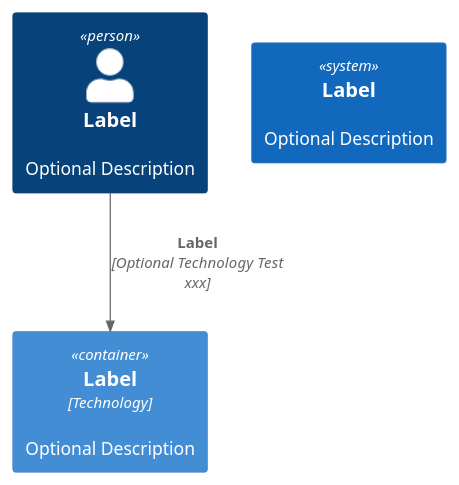
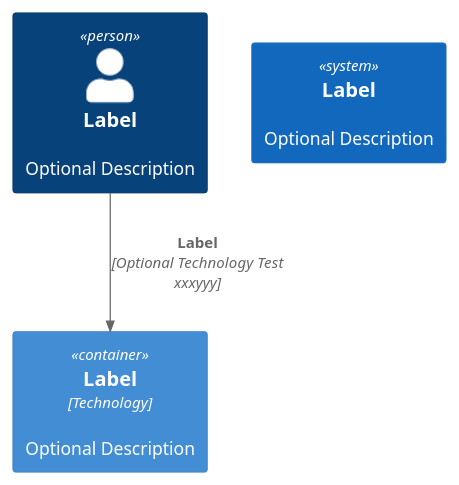
Before and after one commit to budgiedownunder/maze: the diagram in diagrams/maze.puml, drawn with PlantUML. The commit also changed 1 other file, not shown here.

```diff
--- a/diagrams/maze.puml
+++ b/diagrams/maze.puml
@@ -1,9 +1,9 @@
 @startuml maze_project
 !include includes/C4_Container.puml
 
 Person(personAlias, "Label", "Optional Description")
 Container(containerAlias, "Label", "Technology", "Optional Description")
 System(systemAlias, "Label", "Optional Description")
 
-Rel(personAlias, containerAlias, "Label", "Optional Technology Test xxx")
+Rel(personAlias, containerAlias, "Label", "Optional Technology Test xxxyyy")
 @enduml
```
